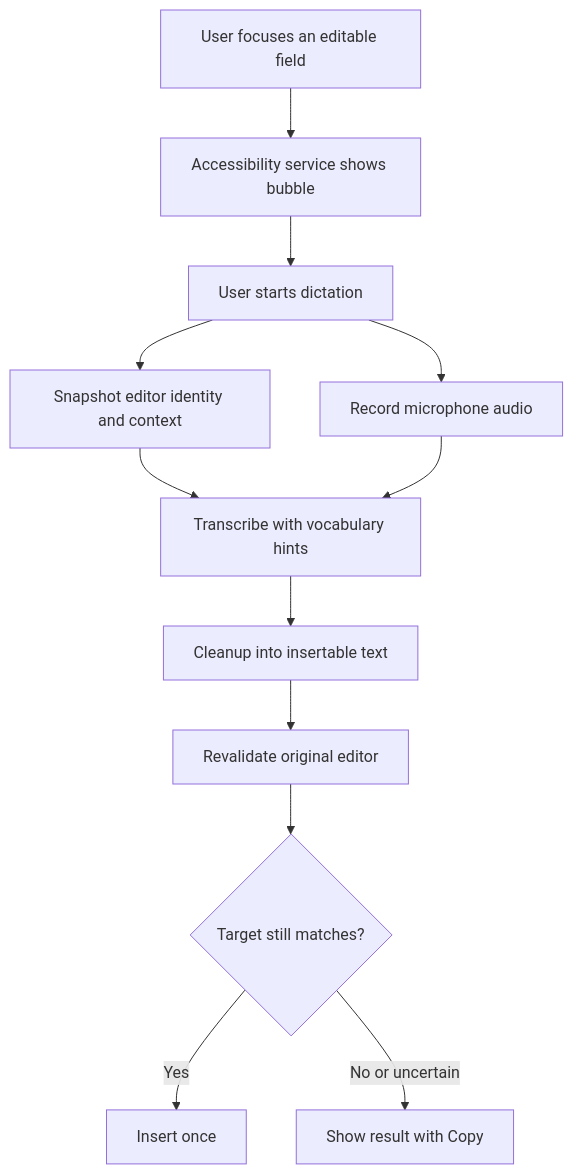
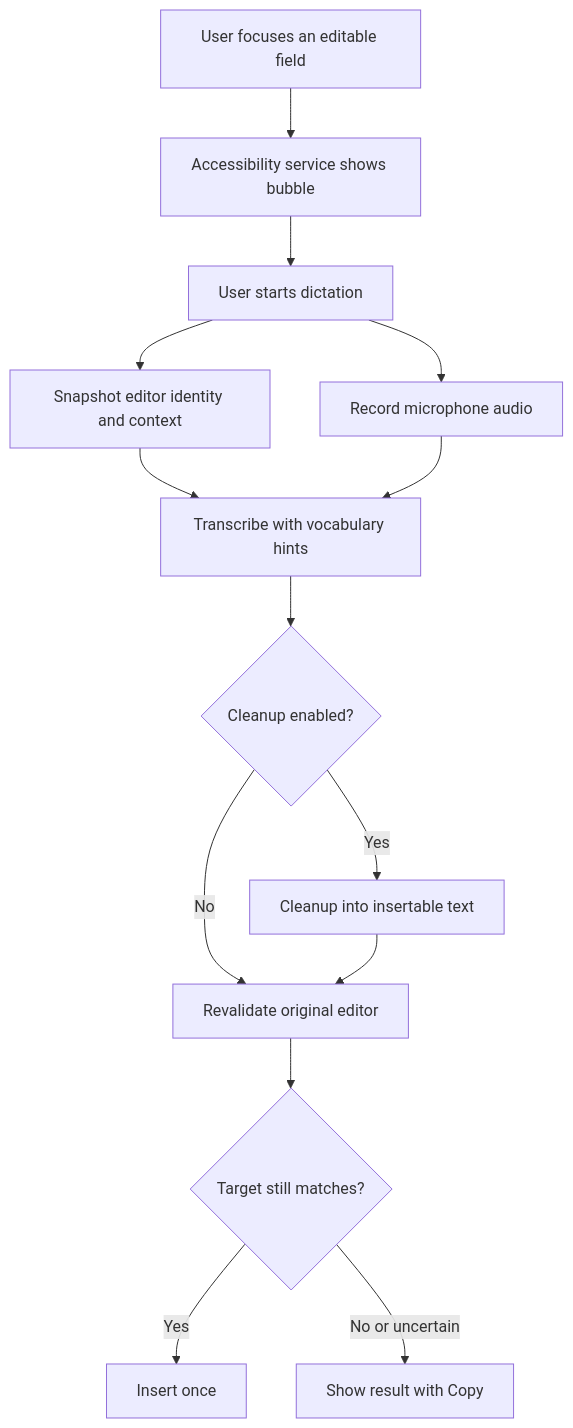
One commit to eliaweiss/openWisprFlow changed the diagram in docs/HLD.md. Above: the diagram before and after it, drawn with Mermaid. The commit also changed other lines of this file, not shown here.

````diff
--- a/docs/HLD.md
+++ b/docs/HLD.md
@@ -17,14 +19,16 @@
 ```mermaid
 flowchart TD
     A[User focuses an editable field] --> B[Accessibility service shows bubble]
     B --> C[User starts dictation]
     C --> D[Snapshot editor identity and context]
     C --> E[Record microphone audio]
     D --> F[Transcribe with vocabulary hints]
     E --> F
-    F --> G[Cleanup into insertable text]
+    F --> X{Cleanup enabled?}
+    X -->|Yes| G[Cleanup into insertable text]
+    X -->|No| H
     G --> H[Revalidate original editor]
     H --> I{Target still matches?}
     I -->|Yes| J[Insert once]
     I -->|No or uncertain| K[Show result with Copy]
 ```
````
